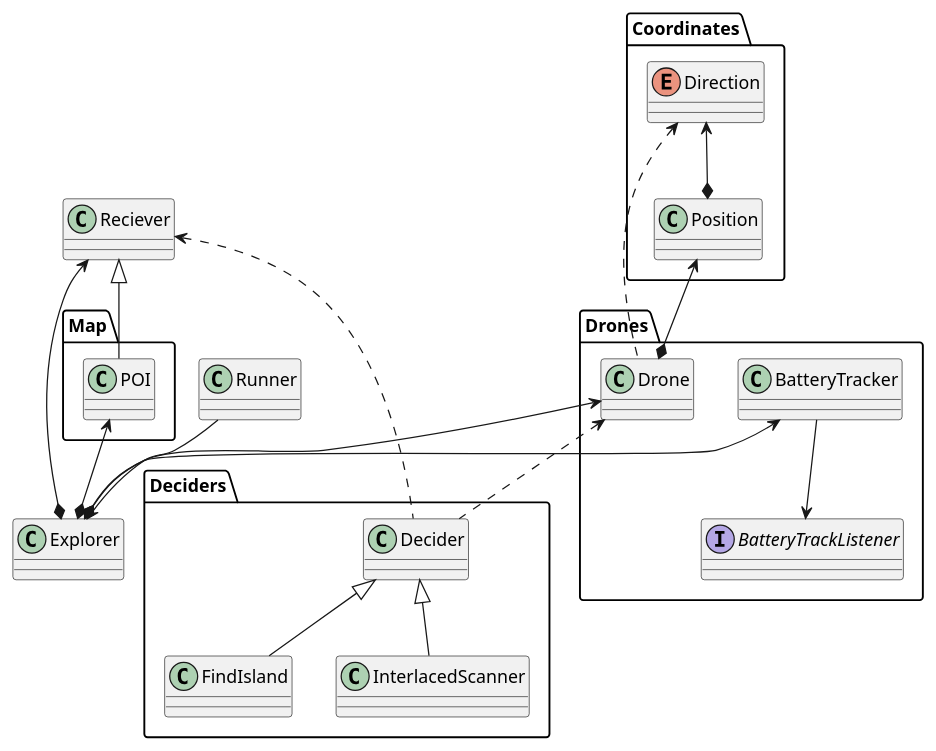
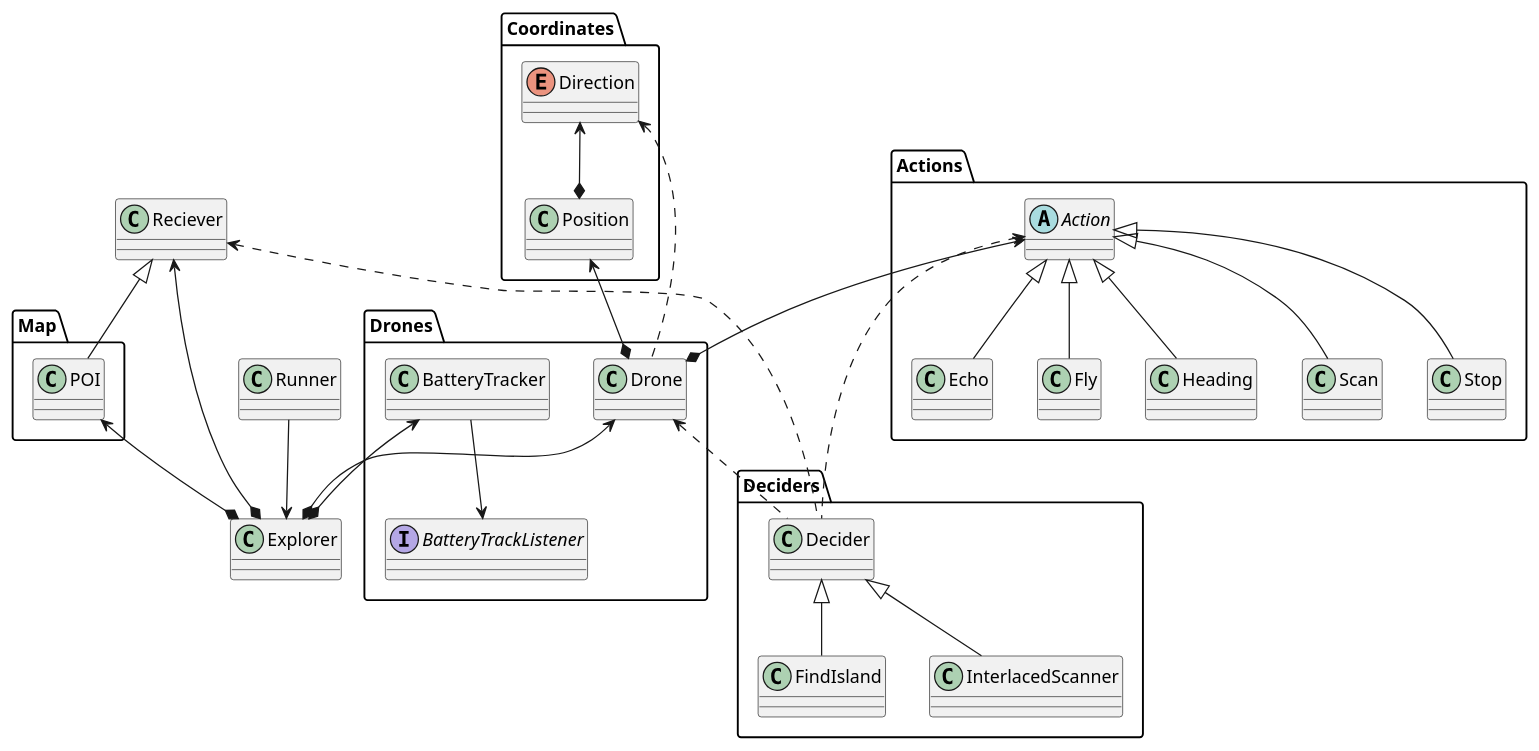
One commit to mahadhsn/A2-Recue-Mission-T11 changed the diagram in UML/ConceptualUML.puml. Above: the diagram before and after it, drawn with PlantUML. The commit also changed 3 other files, not shown here.

Commit message:
Fixes UML diagrams

```diff
--- a/UML/ConceptualUML.puml
+++ b/UML/ConceptualUML.puml
@@ -1,63 +1,96 @@
 @startuml
 
 package Coordinates {
     enum Direction {
+
     }
     class Position {
+
     }
 }
 
 package Drones {
     interface BatteryTrackListener {
+
     }
 
     class BatteryTracker {
     }
     
     class Drone {
+
     }
 }
 
 package Deciders {
     class Decider {
+
     }
     
     class FindIsland extends Decider {
+
     }
     
     class InterlacedScanner extends Decider {
+
     }
 }
 
 package Map {
     class POI {
+
     }
 }
 
+package Actions {
+    abstract class Action {
+
+    }
+
+    class Echo extends Action {
+
+    }
+
+    class Fly extends Action { }
+
+    class Heading extends Action {
+
+    }
+
+    class Scan extends Action { }
+
+    class Stop extends Action { }
+}
+
 class Explorer {
+
 }
 
 class Reciever {
+
 }
 
 class Runner {
 }
 
 BatteryTracker --> BatteryTrackListener
 
 Explorer *-up-> Drone
 Explorer *-up-> BatteryTracker
 Explorer *-up-> Reciever
 Explorer *-up-> POI
 
 Decider .up-> Drone
 Decider .up-> Reciever
 
 Drone *-up-> Position  
 Drone .up-> Direction 
 Position *-up-> Direction  
 
 Reciever <|-- POI
 Runner --> Explorer
 
+Drone *-up-> Action
+Decider .up-> Action
+
 @enduml
```
